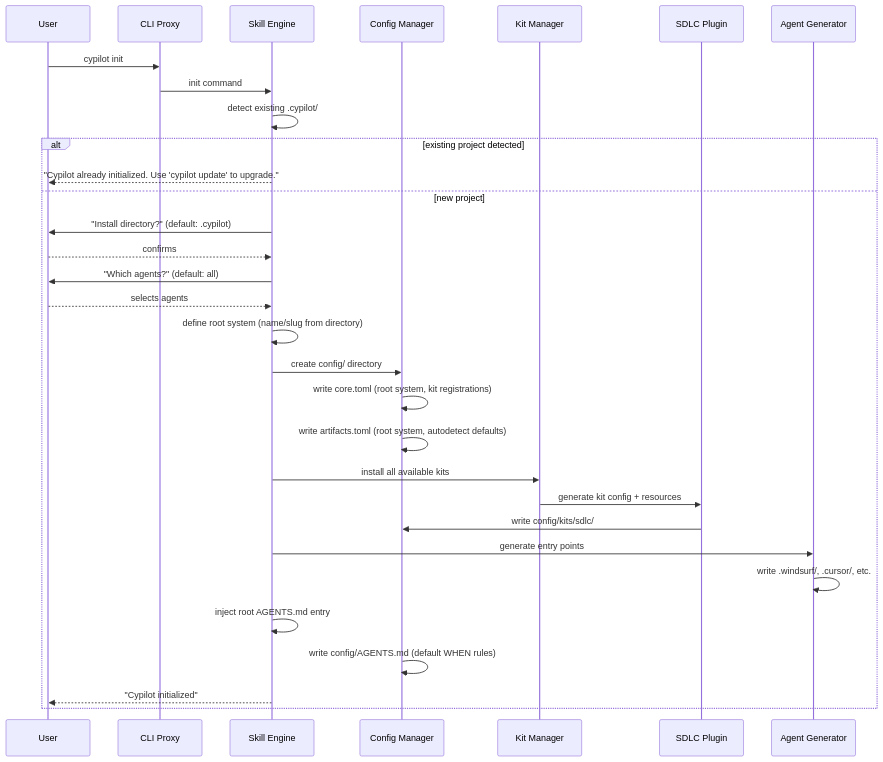
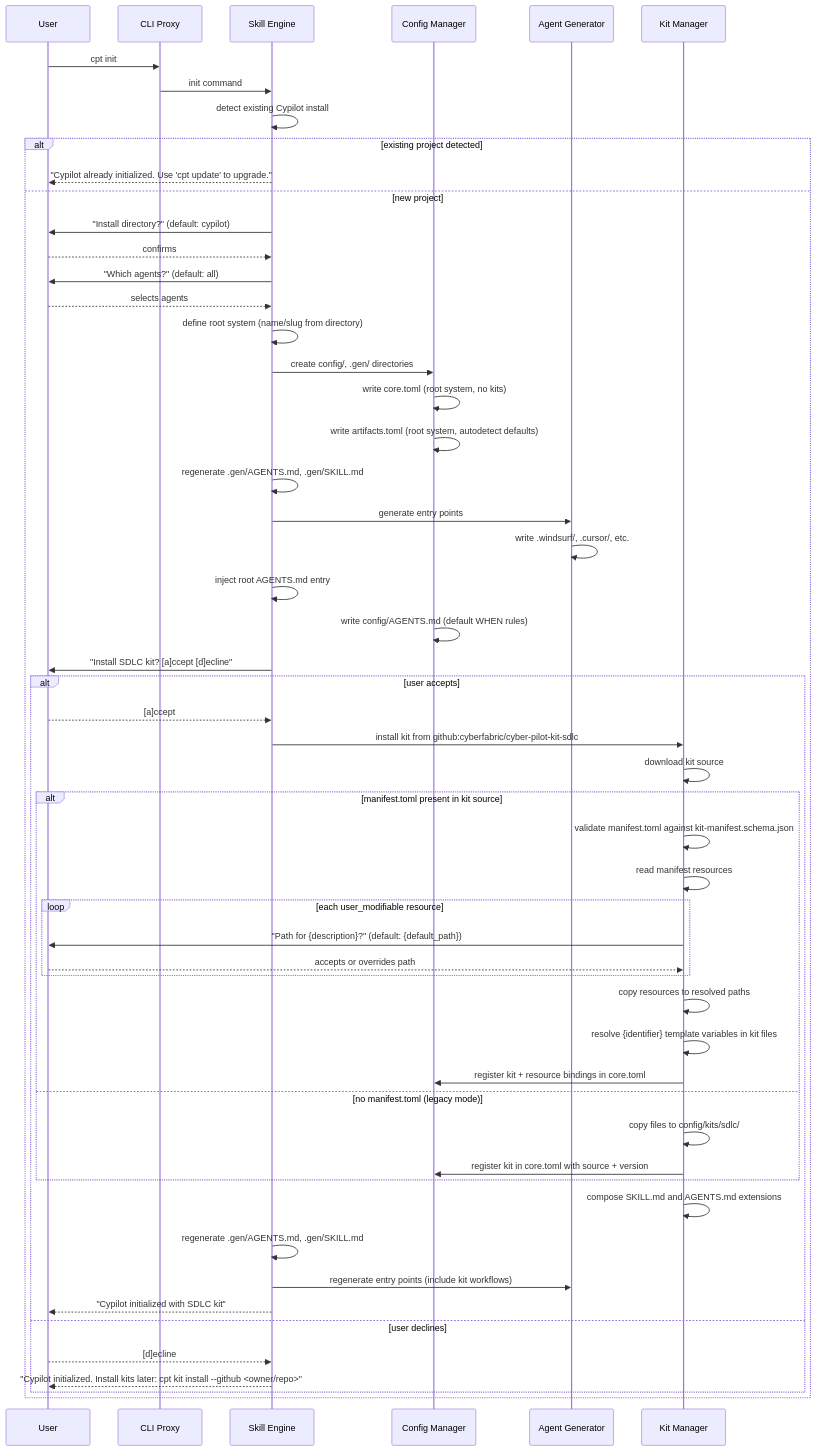
The second of 7 diagrams in cypilot/.core/architecture/DESIGN.md (Maxitosh/katapult), drawn with Mermaid before and after one commit. The commit also changed other lines of this file and 173 other files, not shown here.

First line of the commit message:
Update cypilot to latest version (#14)

````diff
--- a/cypilot/.core/architecture/DESIGN.md
+++ b/cypilot/.core/architecture/DESIGN.md
@@ -929,26 +800,50 @@
 ```mermaid
 sequenceDiagram
-    User->>CLI Proxy: cypilot init
+    User->>CLI Proxy: cpt init
     CLI Proxy->>Skill Engine: init command
-    Skill Engine->>Skill Engine: detect existing .cypilot/
+    Skill Engine->>Skill Engine: detect existing Cypilot install
     alt existing project detected
-        Skill Engine-->>User: "Cypilot already initialized. Use 'cypilot update' to upgrade."
+        Skill Engine-->>User: "Cypilot already initialized. Use 'cpt update' to upgrade."
     else new project
-        Skill Engine->>User: "Install directory?" (default: .cypilot)
+        Skill Engine->>User: "Install directory?" (default: cypilot)
         User-->>Skill Engine: confirms
         Skill Engine->>User: "Which agents?" (default: all)
         User-->>Skill Engine: selects agents
         Skill Engine->>Skill Engine: define root system (name/slug from directory)
-        Skill Engine->>Config Manager: create config/ directory
-        Config Manager->>Config Manager: write core.toml (root system, kit registrations)
+        Skill Engine->>Config Manager: create config/, .gen/ directories
+        Config Manager->>Config Manager: write core.toml (root system, no kits)
         Config Manager->>Config Manager: write artifacts.toml (root system, autodetect defaults)
-        Skill Engine->>Kit Manager: install all available kits
-        Kit Manager->>SDLC Plugin: generate kit config + resources
-        SDLC Plugin->>Config Manager: write config/kits/sdlc/
+        Skill Engine->>Skill Engine: regenerate .gen/AGENTS.md, .gen/SKILL.md
         Skill Engine->>Agent Generator: generate entry points
         Agent Generator->>Agent Generator: write .windsurf/, .cursor/, etc.
         Skill Engine->>Skill Engine: inject root AGENTS.md entry
         Config Manager->>Config Manager: write config/AGENTS.md (default WHEN rules)
-        Skill Engine-->>User: "Cypilot initialized"
+        Skill Engine->>User: "Install SDLC kit? [a]ccept [d]ecline"
+        alt user accepts
+            User-->>Skill Engine: [a]ccept
+            Skill Engine->>Kit Manager: install kit from github:cyberfabric/cyber-pilot-kit-sdlc
+            Kit Manager->>Kit Manager: download kit source
+            alt manifest.toml present in kit source
+                Kit Manager->>Kit Manager: validate manifest.toml against kit-manifest.schema.json
+                Kit Manager->>Kit Manager: read manifest resources
+                loop each user_modifiable resource
+                    Kit Manager->>User: "Path for {description}?" (default: {default_path})
+                    User-->>Kit Manager: accepts or overrides path
+                end
+                Kit Manager->>Kit Manager: copy resources to resolved paths
+                Kit Manager->>Kit Manager: resolve {identifier} template variables in kit files
+                Kit Manager->>Config Manager: register kit + resource bindings in core.toml
+            else no manifest.toml (legacy mode)
+                Kit Manager->>Kit Manager: copy files to config/kits/sdlc/
+                Kit Manager->>Config Manager: register kit in core.toml with source + version
+            end
+            Kit Manager->>Kit Manager: compose SKILL.md and AGENTS.md extensions
+            Skill Engine->>Skill Engine: regenerate .gen/AGENTS.md, .gen/SKILL.md
+            Skill Engine->>Agent Generator: regenerate entry points (include kit workflows)
+            Skill Engine-->>User: "Cypilot initialized with SDLC kit"
+        else user declines
+            User-->>Skill Engine: [d]ecline
+            Skill Engine-->>User: "Cypilot initialized. Install kits later: cpt kit install --github <owner/repo>"
+        end
     end
 ```
````
